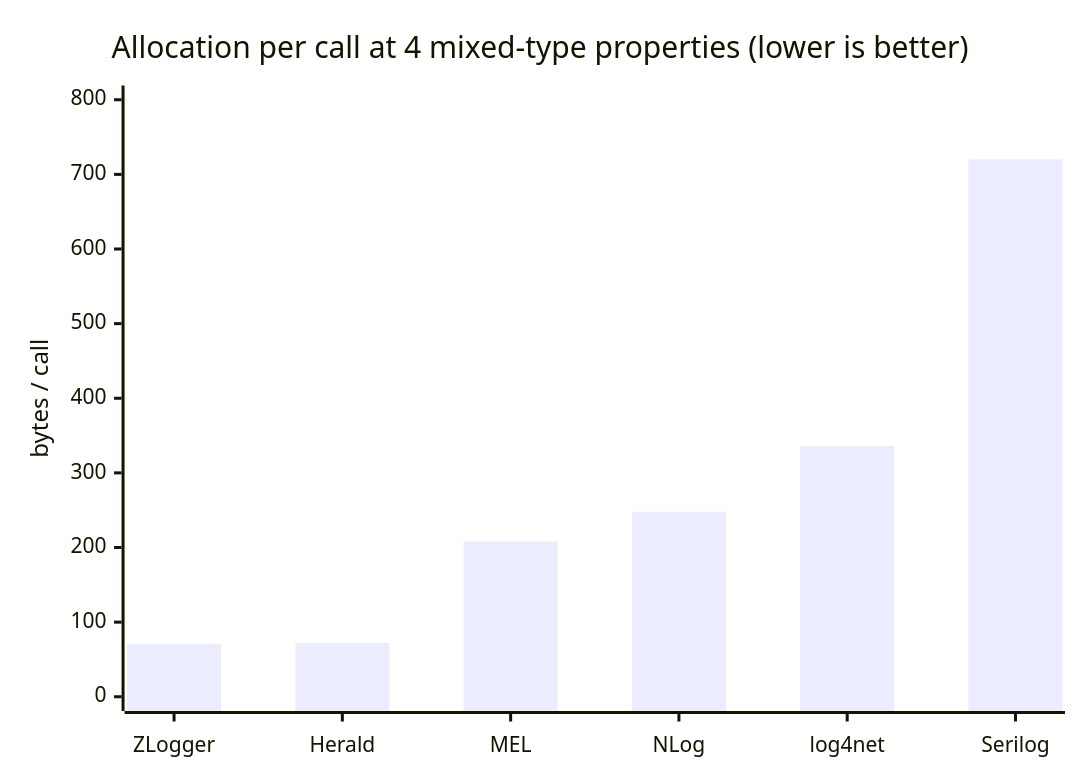
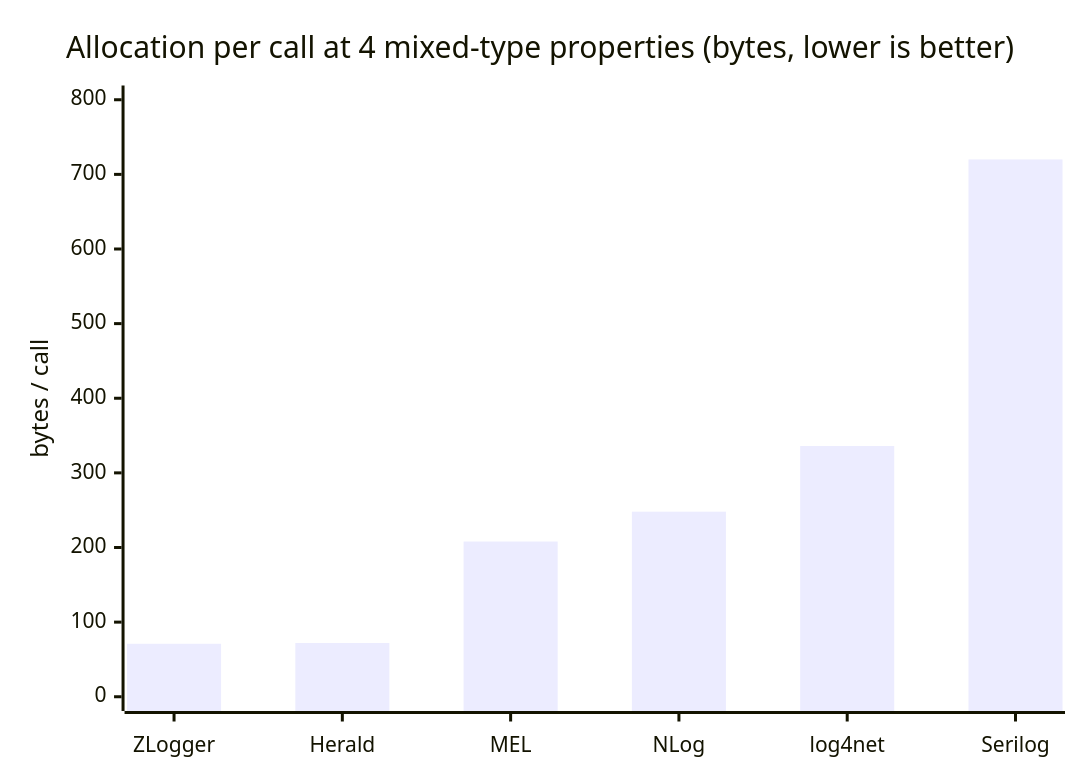
One commit to mmpworks/Herald.OSS changed the second of 7 diagrams in docs/benchmarks/consolidated-benchmarks.md. Above: the diagram before and after it, drawn with Mermaid. The commit also changed other lines of this file and 13 other files, not shown here.

````diff
--- a/docs/benchmarks/consolidated-benchmarks.md
+++ b/docs/benchmarks/consolidated-benchmarks.md
@@ -96,7 +51,7 @@
 ```mermaid
 xychart-beta
-    title "Allocation per call at 4 mixed-type properties (lower is better)"
+    title "Allocation per call at 4 mixed-type properties (bytes, lower is better)"
     x-axis ["ZLogger", "Herald", "MEL", "NLog", "log4net", "Serilog"]
     y-axis "bytes / call" 0 --> 800
     bar [71, 72, 208, 248, 336, 720]
 ```
````
